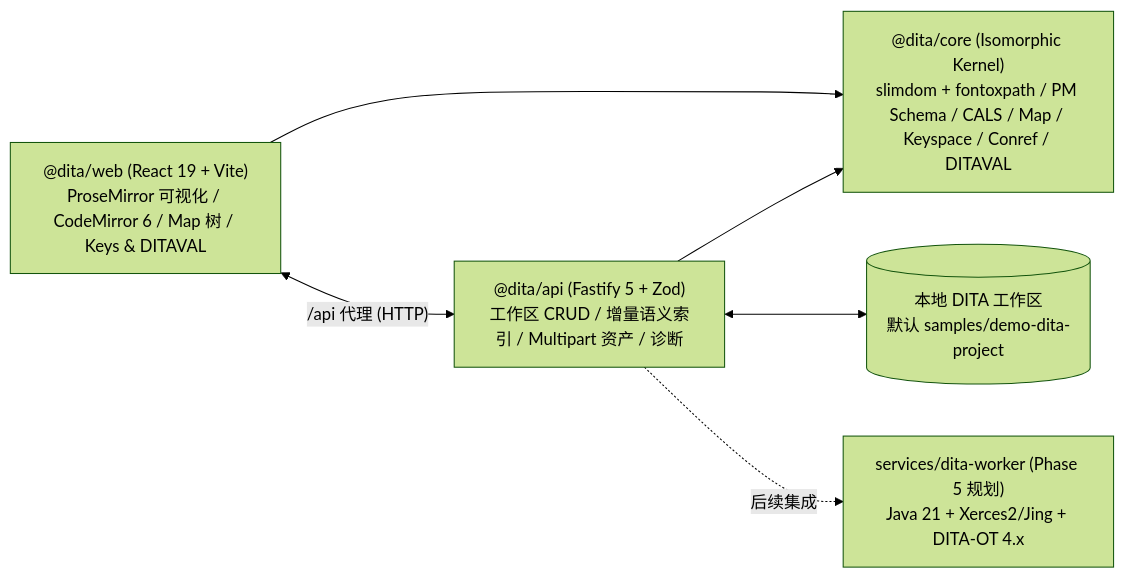
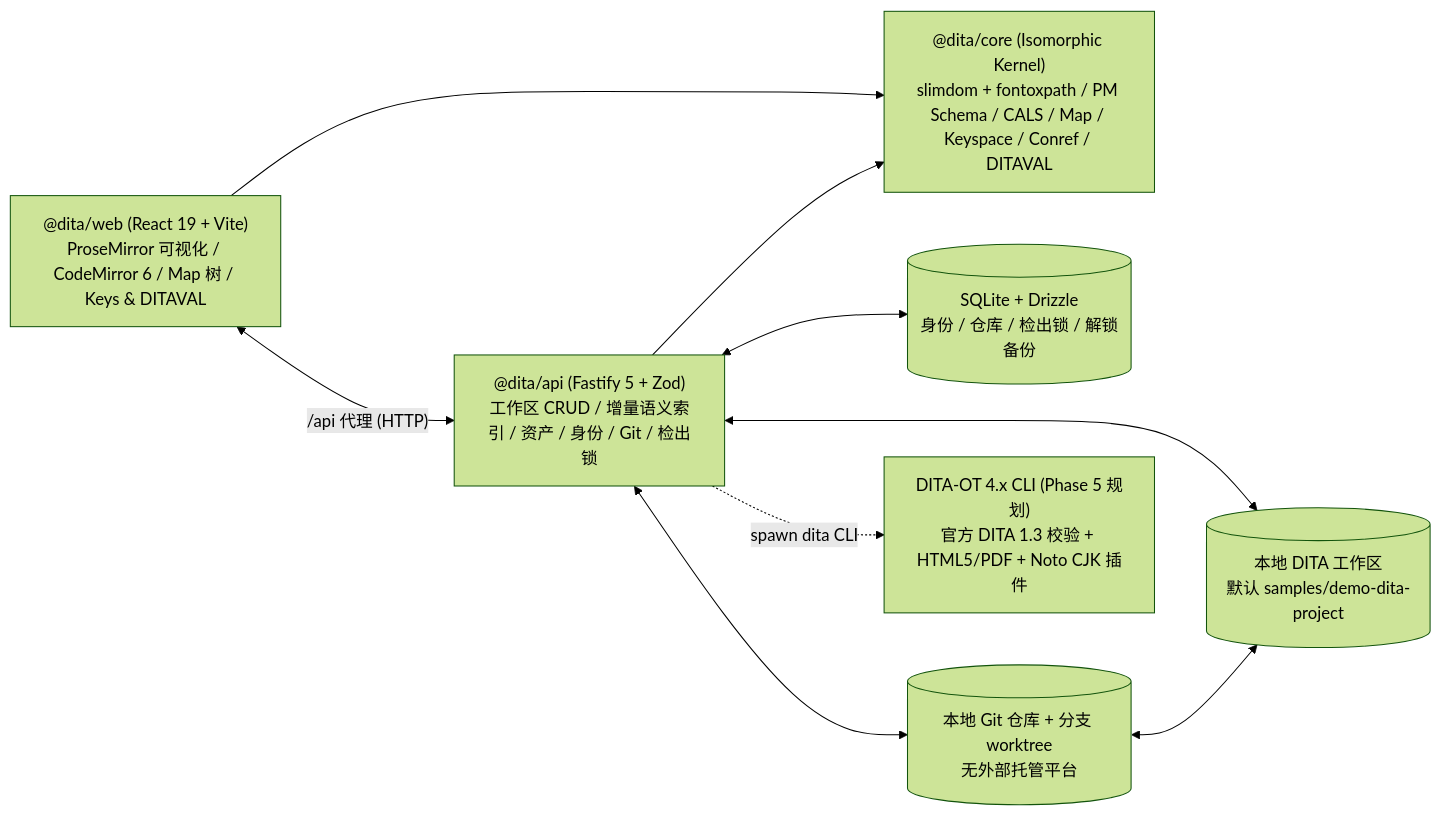
One commit to Ericfeng84/DITAEditor changed the diagram in README.md. Above: the diagram before and after it, drawn with Mermaid (forest theme). The commit also changed other lines of this file and 61 other files, not shown here.

First line of the commit message:
feat(phase4): add local Git, check-out locks, and identity roles

````diff
--- a/README.md
+++ b/README.md
@@ -86,14 +98,19 @@
 ```mermaid
 flowchart LR
     Web["@dita/web (React 19 + Vite)<br/>ProseMirror 可视化 / CodeMirror 6 / Map 树 / Keys & DITAVAL"]
-    API["@dita/api (Fastify 5 + Zod)<br/>工作区 CRUD / 增量语义索引 / Multipart 资产 / 诊断"]
+    API["@dita/api (Fastify 5 + Zod)<br/>工作区 CRUD / 增量语义索引 / 资产 / 身份 / Git / 检出锁"]
     Core["@dita/core (Isomorphic Kernel)<br/>slimdom + fontoxpath / PM Schema / CALS / Map / Keyspace / Conref / DITAVAL"]
     FS[("本地 DITA 工作区<br/>默认 samples/demo-dita-project")]
-    Worker["services/dita-worker (Phase 5 规划)<br/>Java 21 + Xerces2/Jing + DITA-OT 4.x"]
+    DB[("SQLite + Drizzle<br/>身份 / 仓库 / 检出锁 / 解锁备份")]
+    GIT[("本地 Git 仓库 + 分支 worktree<br/>无外部托管平台")]
+    CLI["DITA-OT 4.x CLI (Phase 5 规划)<br/>官方 DITA 1.3 校验 + HTML5/PDF + Noto CJK 插件"]
 
     Web <-->|"/api 代理 (HTTP)"| API
     Web --> Core
     API --> Core
     API <--> FS
-    API -.->|"后续集成"| Worker
+    API <--> DB
+    API <--> GIT
+    GIT <--> FS
+    API -.->|"spawn dita CLI"| CLI
 ```
````
